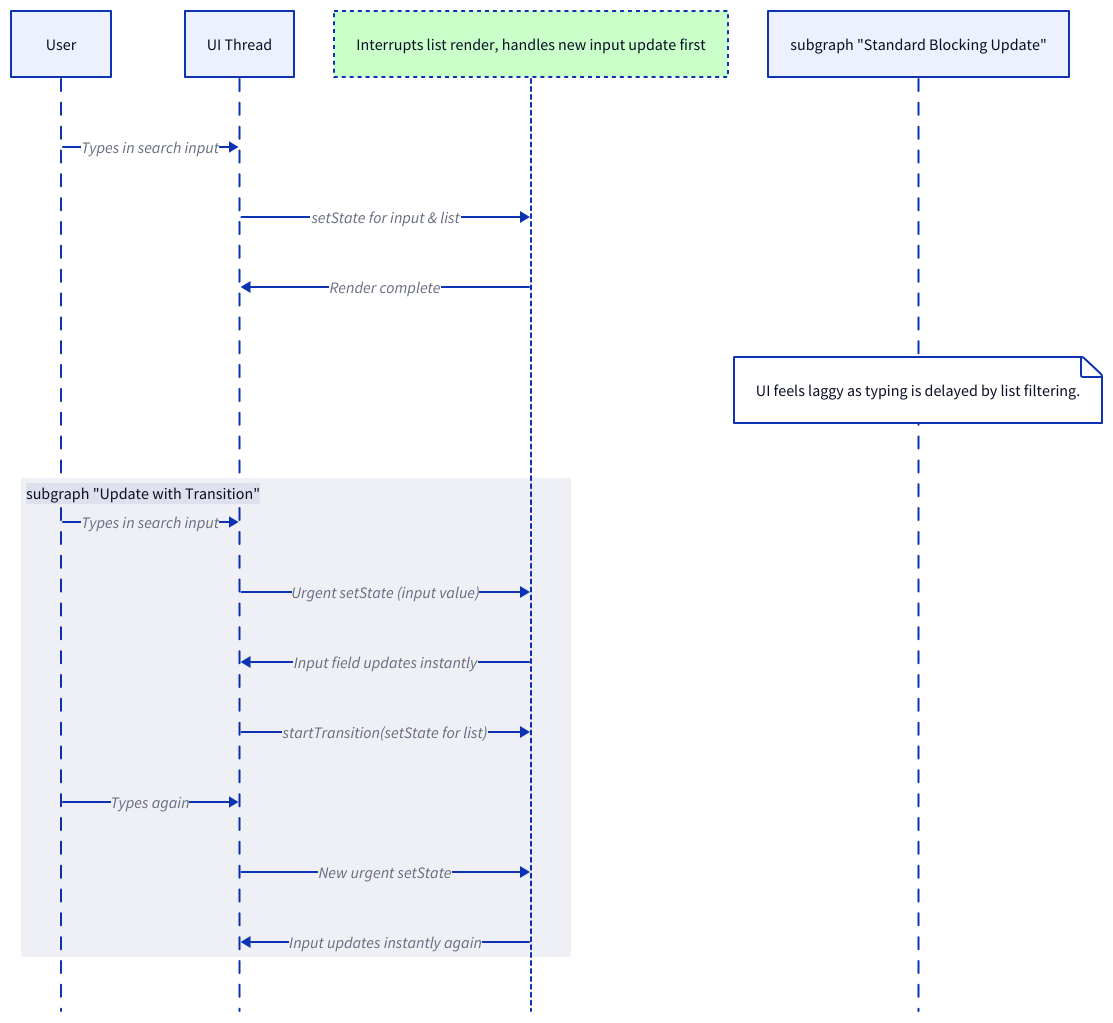
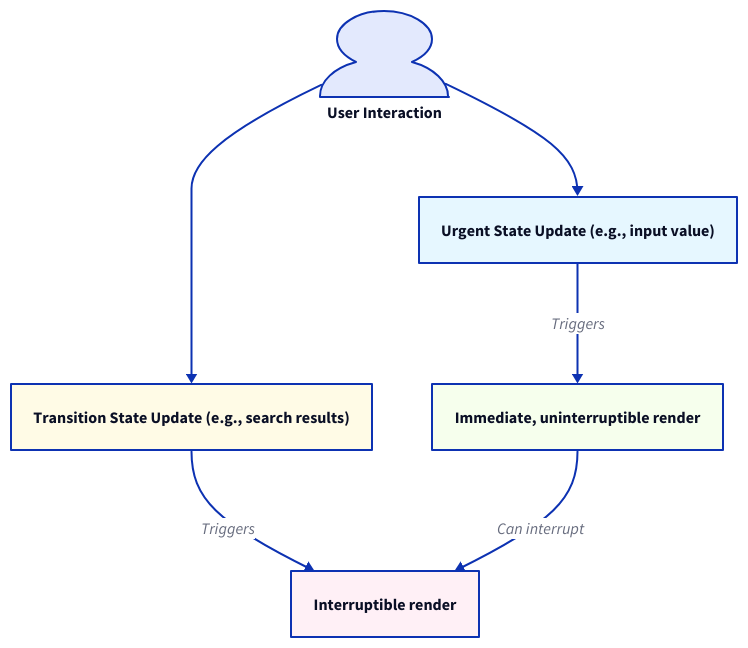
The diagram in packages/react/.aigne/doc-smith/docs/advanced-transitions.md (lban2049/react), drawn with D2 before and after one commit. The commit also changed other lines of this file and 46 other files, not shown here.

````diff
--- a/packages/react/.aigne/doc-smith/docs/advanced-transitions.md
+++ b/packages/react/.aigne/doc-smith/docs/advanced-transitions.md
@@ -22,29 +29,40 @@
 ```d2
-shape: sequence_diagram
+direction: down
 
-User: User
-UI: UI Thread
-React: React Renderer
-
-subgraph "Standard Blocking Update" {
-  direction: right
-  User -> UI: "Types in search input"
-  UI -> React: "setState for input & list"
-  React: "Renders entire component (can be slow)" {style: {fill: "#ffcaca"}}
-  UI <- React: "Render complete"
-  note right of UI: "UI feels laggy as typing is delayed by list filtering."
+"User Interaction": {
+  shape: person
 }
 
-subgraph "Update with Transition" {
-  direction: right
-  User -> UI: "Types in search input"
-  UI -> React: "Urgent setState (input value)"
-  UI <- React: "Input field updates instantly"
-  UI -> React: "startTransition(setState for list)"
-  React: "Begins non-urgent render for list" {style: {fill: "#caffca"}}
-  User -> UI: "Types again"
-  UI -> React: "New urgent setState"
-  React: "Interrupts list render, handles new input update first" {style: {stroke-dash: 2}}
-  UI <- React: "Input updates instantly again"
+"Urgent Update": {
+  shape: rectangle
+  label: "Urgent State Update (e.g., input value)"
+  style.fill: "#e6f7ff"
 }
+
+"Transition Update": {
+  shape: rectangle
+  label: "Transition State Update (e.g., search results)"
+  style.fill: "#fffbe6"
+}
+
+"Immediate Render": {
+  shape: rectangle
+  label: "Immediate, uninterruptible render"
+  style.fill: "#f6ffed"
+}
+
+"Interruptible Render": {
+  shape: rectangle
+  label: "Interruptible render"
+  style.fill: "#fff0f6"
+}
+
+"User Interaction" -> "Urgent Update"
+"User Interaction" -> "Transition Update"
+
+"Urgent Update" -> "Immediate Render": "Triggers"
+"Transition Update" -> "Interruptible Render": "Triggers"
+
+"Immediate Render" -> "Interruptible Render": "Can interrupt"
+
 ```
````
